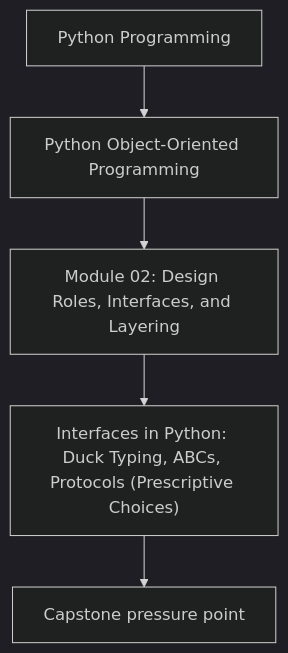
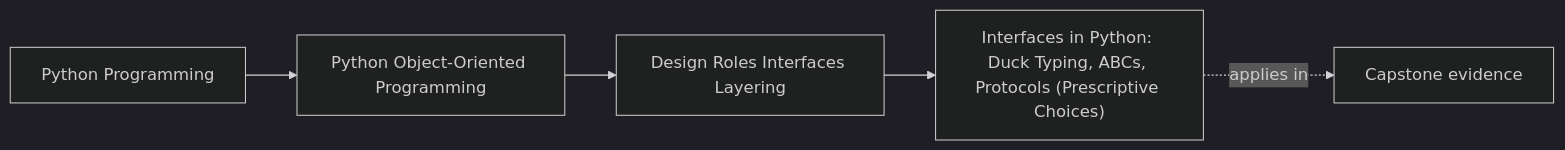
One commit to bijux/bijux-masterclass changed the first of 2 diagrams in programs/python-programming/python-object-oriented-programming/course-book/module-02-design-roles-interfaces-layering/duck-typing-abcs-and-protocols.md. Above: the diagram before and after it, drawn with Mermaid (dark theme). The commit also changed other lines of this file and 65 other files, not shown here.

Commit message:
docs(python-object-oriented-programming): map object model and design foundations

````diff
--- a/programs/python-programming/python-object-oriented-programming/course-book/module-02-design-roles-interfaces-layering/duck-typing-abcs-and-protocols.md
+++ b/programs/python-programming/python-object-oriented-programming/course-book/module-02-design-roles-interfaces-layering/duck-typing-abcs-and-protocols.md
@@ -7,7 +7,11 @@
 ```mermaid
-flowchart TD
-  family["Python Programming"] --> program["Python Object-Oriented Programming"]
-  program --> module["Module 02: Design Roles, Interfaces, and Layering"]
-  module --> concept["Interfaces in Python: Duck Typing, ABCs, Protocols (Prescriptive Choices)"]
-  concept --> capstone["Capstone pressure point"]
+graph LR
+  family["Python Programming"]
+  program["Python Object-Oriented Programming"]
+  section["Design Roles Interfaces Layering"]
+  page["Interfaces in Python: Duck Typing, ABCs, Protocols (Prescriptive Choices)"]
+  capstone["Capstone evidence"]
+
+  family --> program --> section --> page
+  page -.applies in.-> capstone
 ```
````
